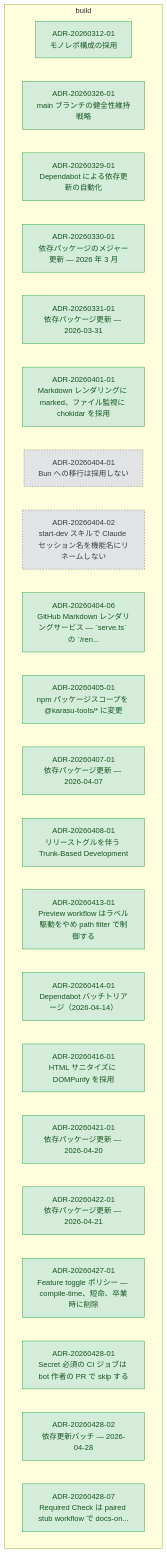
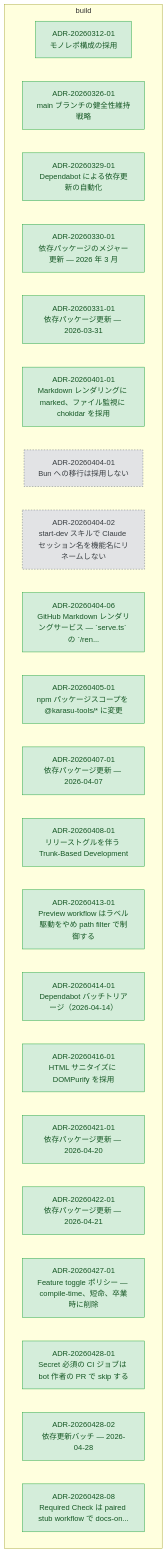
The diagram in docs/adr/graph/build.md (kompiro/karasu), drawn with Mermaid before and after one commit. The commit also changed 5 other files, not shown here.

First line of the commit message:
fix(ci): rename ADR to 28-08 and decouple stub concurrency group

````diff
--- a/docs/adr/graph/build.md
+++ b/docs/adr/graph/build.md
@@ -6,54 +6,54 @@
 ```mermaid
 flowchart TD
   subgraph build["build"]
     ADR_20260312_01["ADR-20260312-01<br/>モノレポ構成の採用"]
     ADR_20260326_01["ADR-20260326-01<br/>main ブランチの健全性維持戦略"]
     ADR_20260329_01["ADR-20260329-01<br/>Dependabot による依存更新の自動化"]
     ADR_20260330_01["ADR-20260330-01<br/>依存パッケージのメジャー更新 — 2026 年 3 月"]
     ADR_20260331_01["ADR-20260331-01<br/>依存パッケージ更新 — 2026-03-31"]
     ADR_20260401_01["ADR-20260401-01<br/>Markdown レンダリングに marked、ファイル監視に chokidar を採用"]
     ADR_20260404_01["ADR-20260404-01<br/>Bun への移行は採用しない"]
     ADR_20260404_02["ADR-20260404-02<br/>start-dev スキルで Claude セッション名を機能名にリネームしない"]
     ADR_20260404_06["ADR-20260404-06<br/>GitHub Markdown レンダリングサービス — `serve.ts` の `/ren..."]
     ADR_20260405_01["ADR-20260405-01<br/>npm パッケージスコープを @karasu-tools/* に変更"]
     ADR_20260407_01["ADR-20260407-01<br/>依存パッケージ更新 — 2026-04-07"]
     ADR_20260408_01["ADR-20260408-01<br/>リリーストグルを伴う Trunk-Based Development"]
     ADR_20260413_01["ADR-20260413-01<br/>Preview workflow はラベル駆動をやめ path filter で制御する"]
     ADR_20260414_01["ADR-20260414-01<br/>Dependabot バッチトリアージ（2026-04-14）"]
     ADR_20260416_01["ADR-20260416-01<br/>HTML サニタイズに DOMPurify を採用"]
     ADR_20260421_01["ADR-20260421-01<br/>依存パッケージ更新 — 2026-04-20"]
     ADR_20260422_01["ADR-20260422-01<br/>依存パッケージ更新 — 2026-04-21"]
     ADR_20260427_01["ADR-20260427-01<br/>Feature toggle ポリシー — compile-time、短命、卒業時に削除"]
     ADR_20260428_01["ADR-20260428-01<br/>Secret 必須の CI ジョブは bot 作者の PR で skip する"]
     ADR_20260428_02["ADR-20260428-02<br/>依存更新バッチ — 2026-04-28"]
-    ADR_20260428_07["ADR-20260428-07<br/>Required Check は paired stub workflow で docs-on..."]
+    ADR_20260428_08["ADR-20260428-08<br/>Required Check は paired stub workflow で docs-on..."]
   end
 
   classDef accepted fill:#d4edda,stroke:#28a745,color:#155724
   classDef proposed fill:#fff3cd,stroke:#ffc107,color:#856404
   classDef deprecated fill:#f8d7da,stroke:#dc3545,color:#721c24
   classDef superseded fill:#e2e3e5,stroke:#6c757d,color:#383d41
   classDef not_adopted fill:#e2e3e5,stroke:#6c757d,color:#383d41,stroke-dasharray:3 3
   classDef ghost fill:#f5f5f5,stroke:#adb5bd,color:#6c757d,stroke-dasharray:2 2
   class ADR_20260312_01 accepted
   class ADR_20260326_01 accepted
   class ADR_20260329_01 accepted
   class ADR_20260330_01 accepted
   class ADR_20260331_01 accepted
   class ADR_20260401_01 accepted
   class ADR_20260404_01 not_adopted
   class ADR_20260404_02 not_adopted
   class ADR_20260404_06 accepted
   class ADR_20260405_01 accepted
   class ADR_20260407_01 accepted
   class ADR_20260408_01 accepted
   class ADR_20260413_01 accepted
   class ADR_20260414_01 accepted
   class ADR_20260416_01 accepted
   class ADR_20260421_01 accepted
   class ADR_20260422_01 accepted
   class ADR_20260427_01 accepted
   class ADR_20260428_01 accepted
   class ADR_20260428_02 accepted
-  class ADR_20260428_07 accepted
+  class ADR_20260428_08 accepted
 ```
````
